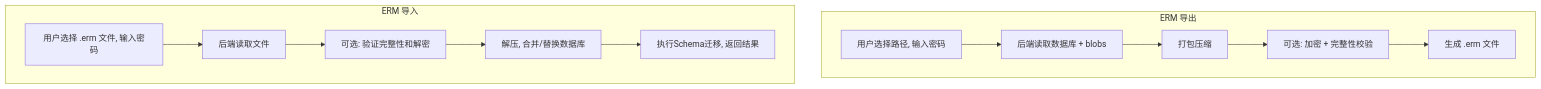
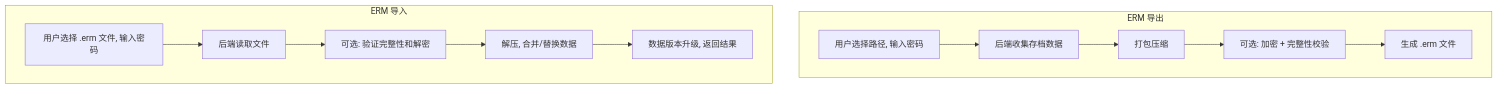
Before and after one commit to GitHubNull/repeaterManger: the sixth of 6 diagrams in doc/design/分离式架构_PRD.md, drawn with Mermaid. The commit also changed other lines of this file and 34 other files, not shown here.

````diff
--- a/doc/design/分离式架构_PRD.md
+++ b/doc/design/分离式架构_PRD.md
@@ -447,16 +469,16 @@
 ```mermaid
 graph TB
     subgraph "ERM 导出"
-        A1["用户选择路径, 输入密码"] --> B1["后端读取数据库 + blobs"]
+        A1["用户选择路径, 输入密码"] --> B1["后端收集存档数据"]
         B1 --> C1["打包压缩"]
         C1 --> D1["可选: 加密 + 完整性校验"]
         D1 --> E1["生成 .erm 文件"]
     end
 
     subgraph "ERM 导入"
         A2["用户选择 .erm 文件, 输入密码"] --> B2["后端读取文件"]
         B2 --> C2["可选: 验证完整性和解密"]
-        C2 --> D2["解压, 合并/替换数据库"]
-        D2 --> E2["执行Schema迁移, 返回结果"]
+        C2 --> D2["解压, 合并/替换数据"]
+        D2 --> E2["数据版本升级, 返回结果"]
     end
 ```
````
